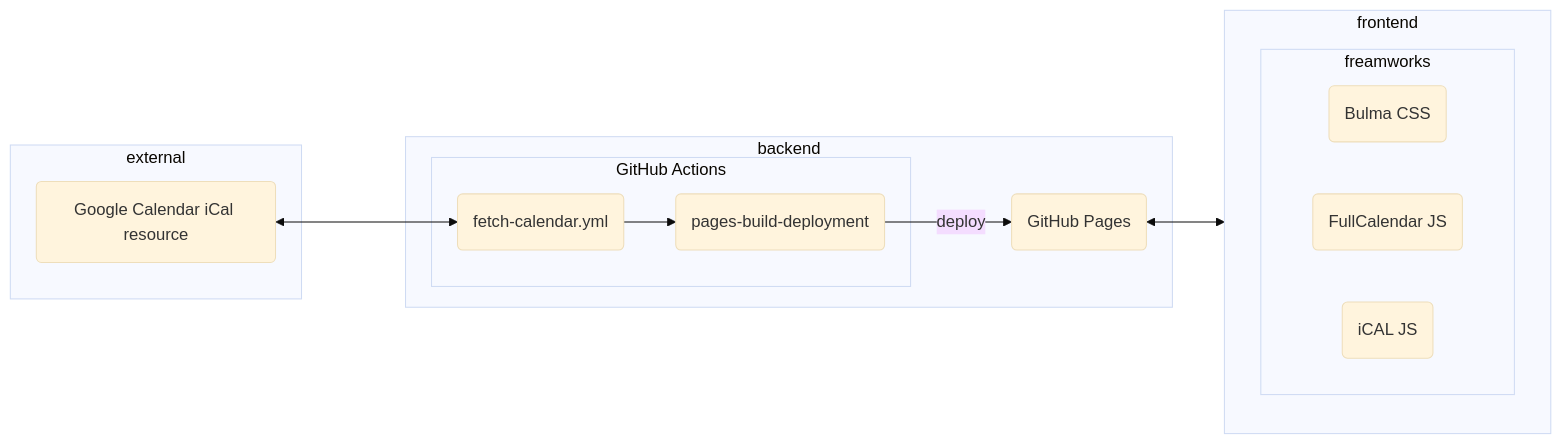
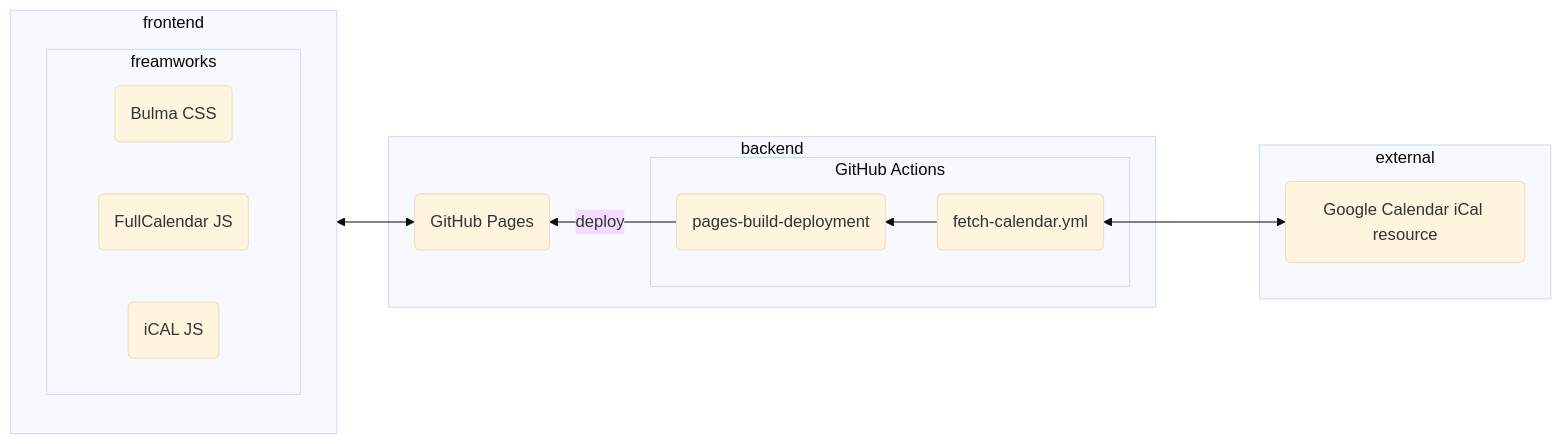
One commit to fox-Nh133/rover-calendar changed the diagram in README.md. Above: the diagram before and after it, drawn with Mermaid (base theme).

````diff
--- a/README.md
+++ b/README.md
@@ -10,25 +10,25 @@
 ```mermaid
-graph LR
+graph RL
     subgraph frontend
         subgraph freamworks
            css(Bulma CSS)
            js1(FullCalendar JS)
            js2(iCAL JS)
         end
     end
     subgraph backend
         gh-page(GitHub Pages)
         subgraph GitHub Actions
             fetch(fetch-calendar.yml)
             deploy(pages-build-deployment) 
         end
     end
     subgraph external
         iCalResource(Google Calendar iCal resource)
     end
 
     gh-page <--> frontend
     iCalResource <---> fetch
     fetch --> deploy
     deploy --deploy--> gh-page
 ```
````
